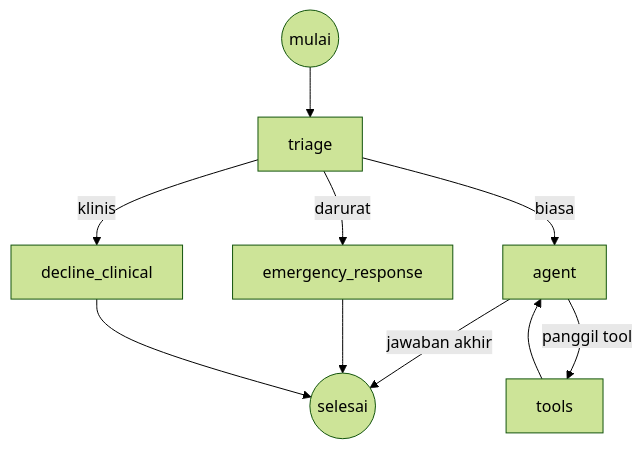
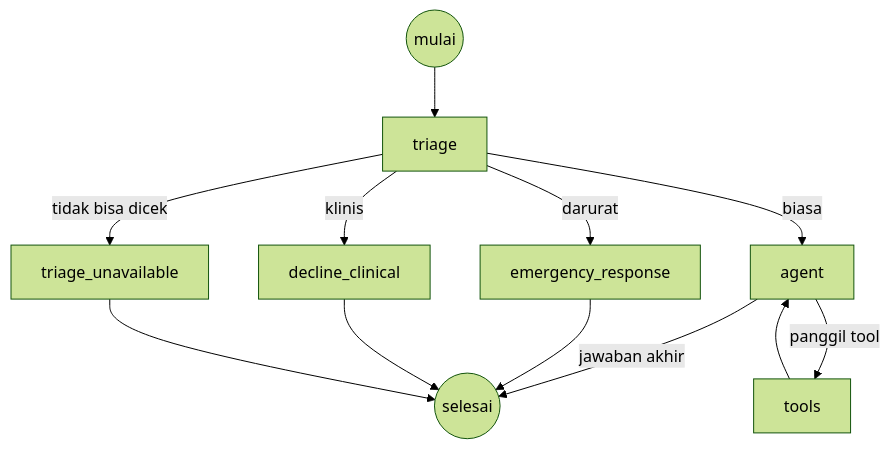
Before and after one commit to rozi-bb/caredesk: the second of 2 diagrams in docs/architecture.id.md, drawn with Mermaid (forest theme). The commit also changed other lines of this file and 26 other files, not shown here.

````diff
--- a/docs/architecture.id.md
+++ b/docs/architecture.id.md
@@ -70,12 +72,14 @@
 ```mermaid
 flowchart TD
     START((mulai)) --> T["triage"]
     T -->|darurat| E["emergency_response"]
     T -->|klinis| C["decline_clinical"]
+    T -->|tidak bisa dicek| U["triage_unavailable"]
     T -->|biasa| A["agent"]
     A -->|panggil tool| TL["tools"]
     TL --> A
     A -->|jawaban akhir| END((selesai))
     E --> END
     C --> END
+    U --> END
 ```
````
